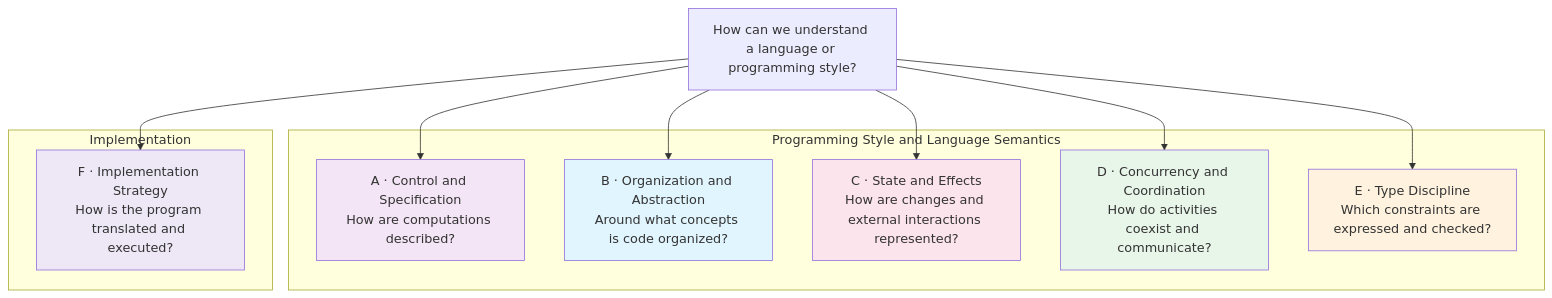
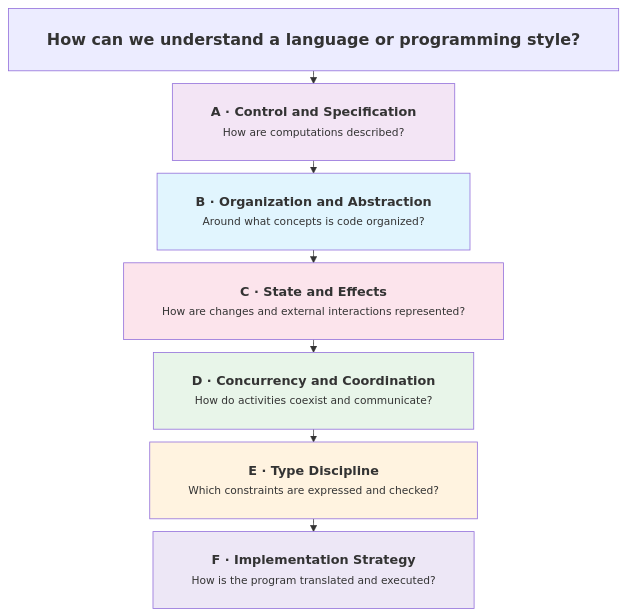
One commit to akardapolov/software-atlas changed the first of 4 diagrams in docs/topics/concepts/paradigms/index.md. Above: the diagram before and after it, drawn with Mermaid. The commit also changed other lines of this file, not shown here.

Commit message:
feat: update mermaid diagram in Paradigms topic

````diff
--- a/docs/topics/concepts/paradigms/index.md
+++ b/docs/topics/concepts/paradigms/index.md
@@ -78,30 +76,26 @@
 ```mermaid
+%%{init: {'theme': 'default', 'flowchart': {'wrappingWidth': 680, 'nodeSpacing': 8, 'rankSpacing': 16, 'padding': 24}}}%%
 flowchart TD
-    Q["How can we understand a language or programming style?"]
+    Q["<b style='font-size:20px'>How can we understand a language or programming style?</b>"]
 
-    subgraph SEM ["Programming Style and Language Semantics"]
-        A["A · Control and Specification<br/>How are computations described?"]
-        B["B · Organization and Abstraction<br/>Around what concepts is code organized?"]
-        C["C · State and Effects<br/>How are changes and external interactions represented?"]
-        D["D · Concurrency and Coordination<br/>How do activities coexist and communicate?"]
-        E["E · Type Discipline<br/>Which constraints are expressed and checked?"]
-    end
-
-    subgraph IMPL ["Implementation"]
-        F["F · Implementation Strategy<br/>How is the program translated and executed?"]
-    end
+    A["<b>A · Control and Specification</b><br/><small>How are computations described?</small>"]
+    B["<b>B · Organization and Abstraction</b><br/><small>Around what concepts is code organized?</small>"]
+    C["<b>C · State and Effects</b><br/><small>How are changes and external interactions represented?</small>"]
+    D["<b>D · Concurrency and Coordination</b><br/><small>How do activities coexist and communicate?</small>"]
+    E["<b>E · Type Discipline</b><br/><small>Which constraints are expressed and checked?</small>"]
+    F["<b>F · Implementation Strategy</b><br/><small>How is the program translated and executed?</small>"]
 
     Q --> A
-    Q --> B
-    Q --> C
-    Q --> D
-    Q --> E
-    Q --> F
+    A --> B
+    B --> C
+    C --> D
+    D --> E
+    E --> F
 
     style A fill:#f3e5f5
     style B fill:#e1f5fe
     style C fill:#fce4ec
     style D fill:#e8f5e9
     style E fill:#fff3e0
     style F fill:#ede7f6
 ```
````
